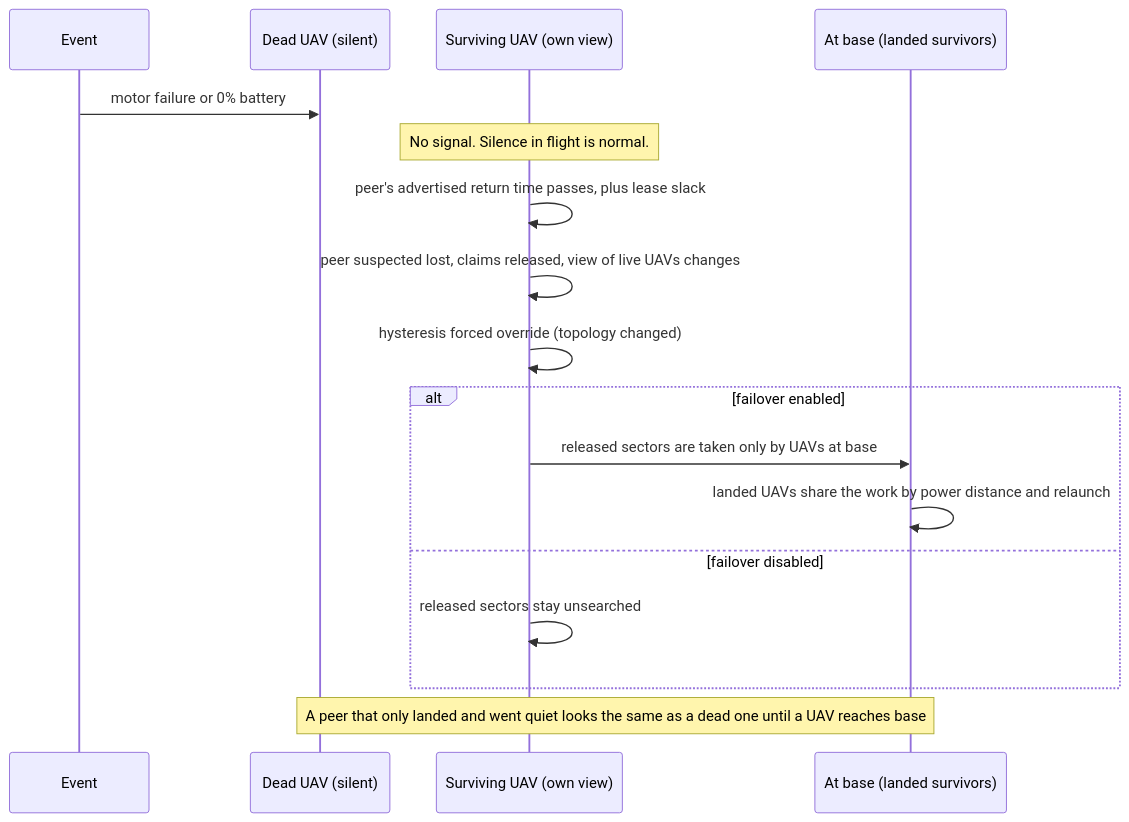
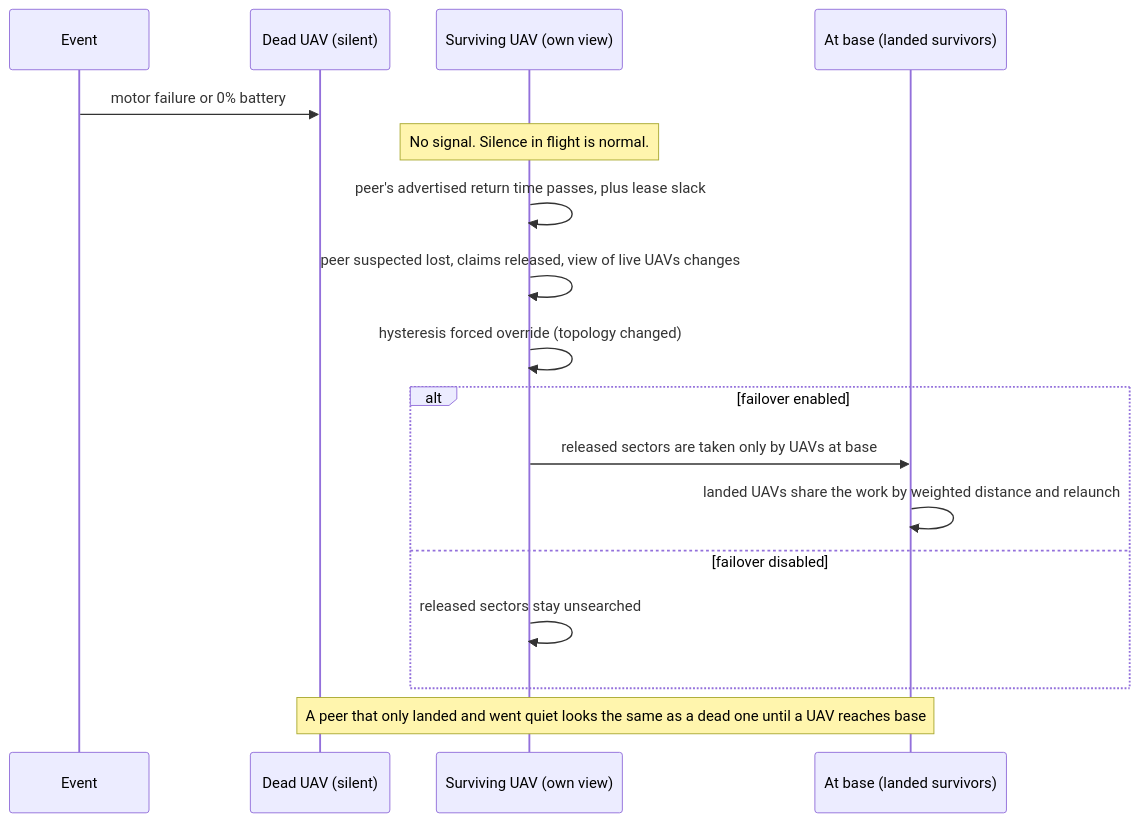
Before and after one commit to CodeWithDevesh/FlyNetSim: the seventh of 9 diagrams in docs/ARCHITECTURE_PROPOSAL.md, drawn with Mermaid. The commit also changed other lines of this file and 17 other files, not shown here.

````diff
--- a/docs/ARCHITECTURE_PROPOSAL.md
+++ b/docs/ARCHITECTURE_PROPOSAL.md
@@ -203,20 +204,20 @@
 ```mermaid
 sequenceDiagram
   participant E as Event
   participant D as Dead UAV (silent)
   participant S as Surviving UAV (own view)
   participant B as At base (landed survivors)
 
   E->>D: motor failure or 0% battery
   Note over S: No signal. Silence in flight is normal.
   S->>S: peer's advertised return time passes, plus lease slack
   S->>S: peer suspected lost, claims released, view of live UAVs changes
   S->>S: hysteresis forced override (topology changed)
   alt failover enabled
     S->>B: released sectors are taken only by UAVs at base
-    B->>B: landed UAVs share the work by power distance and relaunch
+    B->>B: landed UAVs share the work by weighted distance and relaunch
   else failover disabled
     S->>S: released sectors stay unsearched
   end
   Note over D,B: A peer that only landed and went quiet looks the same as a dead one until a UAV reaches base
 ```
````
